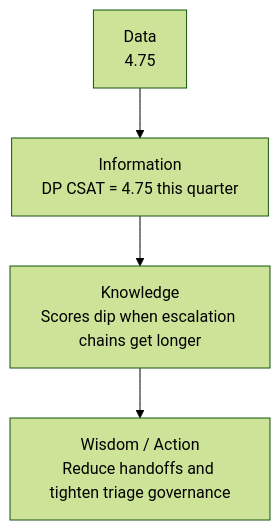
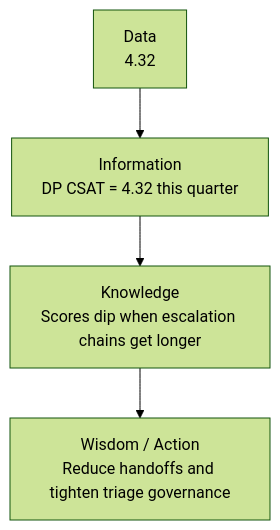
The second of 21 diagrams in BI Data Analyst/prep/Part-02-Data-Analytics-Fundamentals.md (hichauhan-in/Interview-Prep), drawn with Mermaid (forest theme) before and after one commit. The commit also changed other lines of this file and 493 other files, not shown here.

````diff
--- a/BI Data Analyst/prep/Part-02-Data-Analytics-Fundamentals.md
+++ b/BI Data Analyst/prep/Part-02-Data-Analytics-Fundamentals.md
@@ -60,6 +60,6 @@
 ```mermaid
 flowchart TD
-D[Data<br/>4.75] --> I[Information<br/>DP CSAT = 4.75 this quarter];
+D[Data<br/>4.32] --> I[Information<br/>DP CSAT = 4.32 this quarter];
     I --> K[Knowledge<br/>Scores dip when escalation chains get longer];
     K --> W[Wisdom / Action<br/>Reduce handoffs and tighten triage governance]
 ```
````
